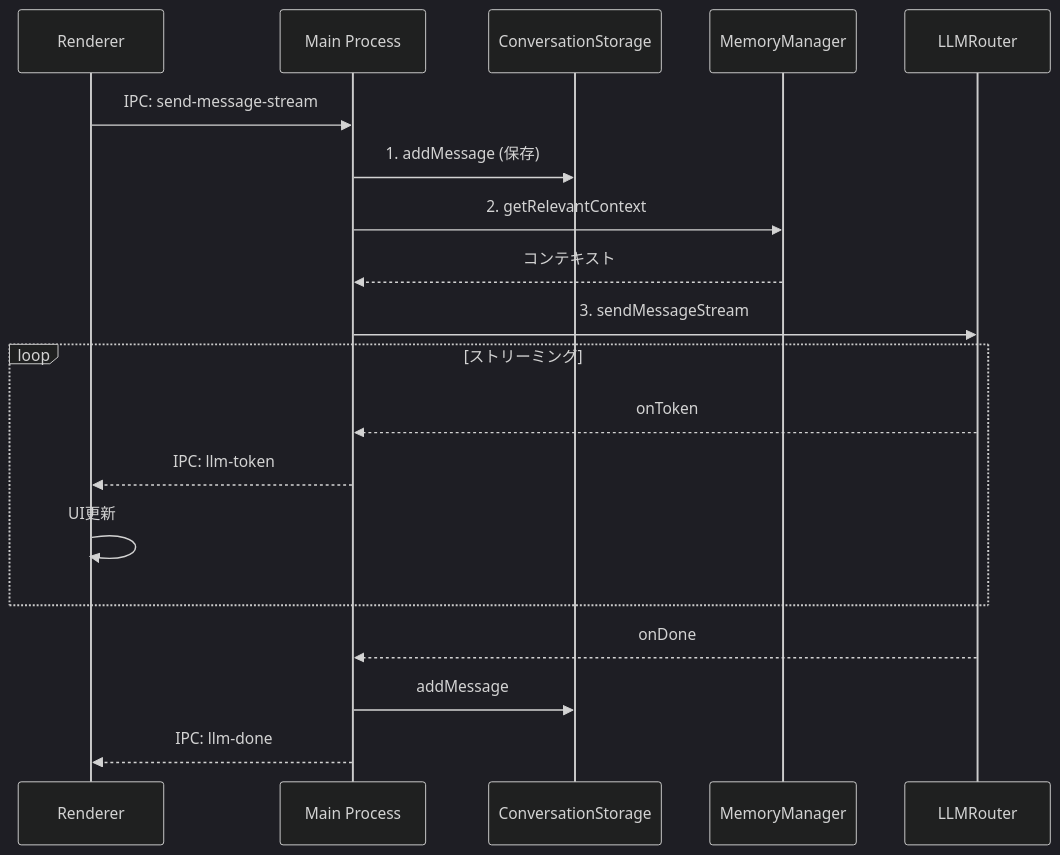
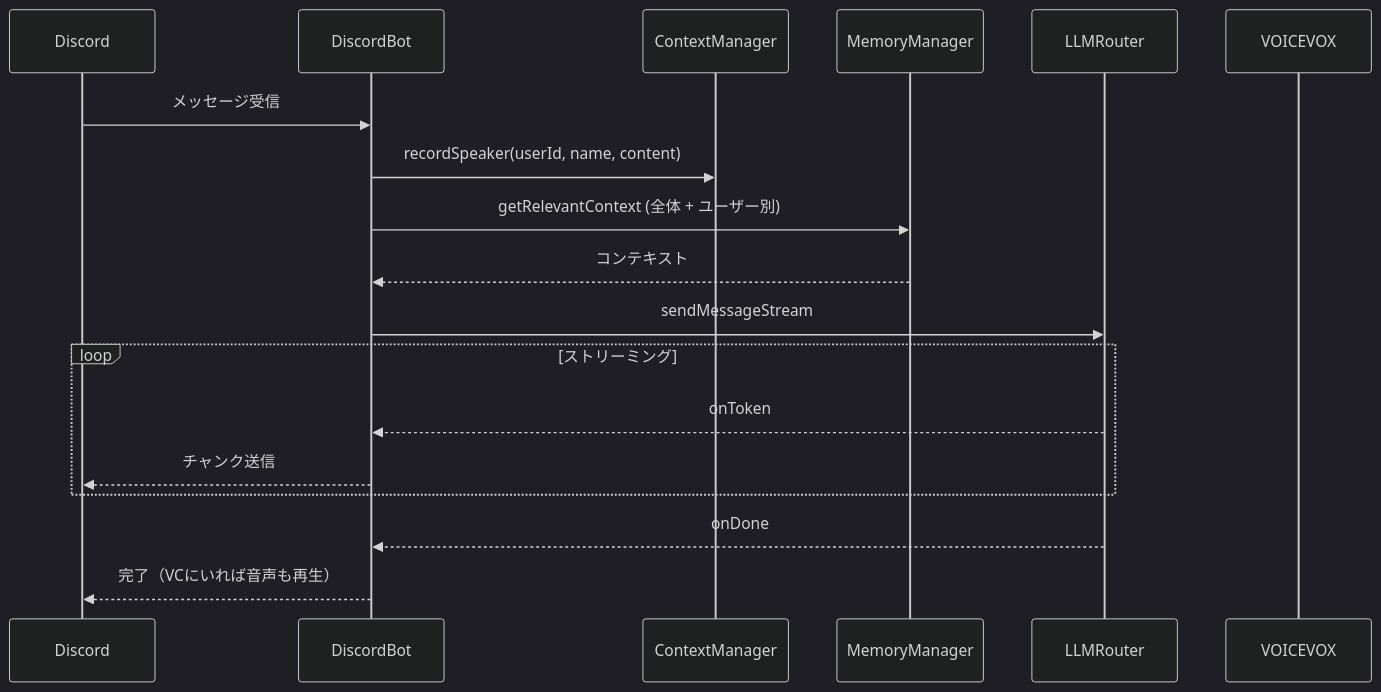
Before and after one commit to Ichiyou1922/AI_Development: the second of 3 diagrams in cheetsheets/develop/01-architecture-overview.md, drawn with Mermaid (dark theme). The commit also changed other lines of this file and 10 other files, not shown here.

````diff
--- a/cheetsheets/develop/01-architecture-overview.md
+++ b/cheetsheets/develop/01-architecture-overview.md
@@ -173,24 +312,23 @@
 ```mermaid
 sequenceDiagram
-    participant R as Renderer
-    participant M as Main Process
-    participant CS as ConversationStorage
+    participant D as Discord
+    participant Bot as DiscordBot
+    participant Ctx as ContextManager
     participant MM as MemoryManager
     participant LLM as LLMRouter
+    participant TTS as VOICEVOX
 
-    R->>M: IPC: send-message-stream
-    M->>CS: 1. addMessage (保存)
-    M->>MM: 2. getRelevantContext
-    MM-->>M: コンテキスト
-    M->>LLM: 3. sendMessageStream
+    D->>Bot: メッセージ受信
+    Bot->>Ctx: recordSpeaker(userId, name, content)
+    Bot->>MM: getRelevantContext (全体 + ユーザー別)
+    MM-->>Bot: コンテキスト
+    Bot->>LLM: sendMessageStream
 
     loop ストリーミング
-        LLM-->>M: onToken
-        M-->>R: IPC: llm-token
-        R->>R: UI更新
+        LLM-->>Bot: onToken
+        Bot-->>D: チャンク送信
     end
 
-    LLM-->>M: onDone
-    M->>CS: addMessage
-    M-->>R: IPC: llm-done
+    LLM-->>Bot: onDone
+    Bot-->>D: 完了（VCにいれば音声も再生）
 ```
````
